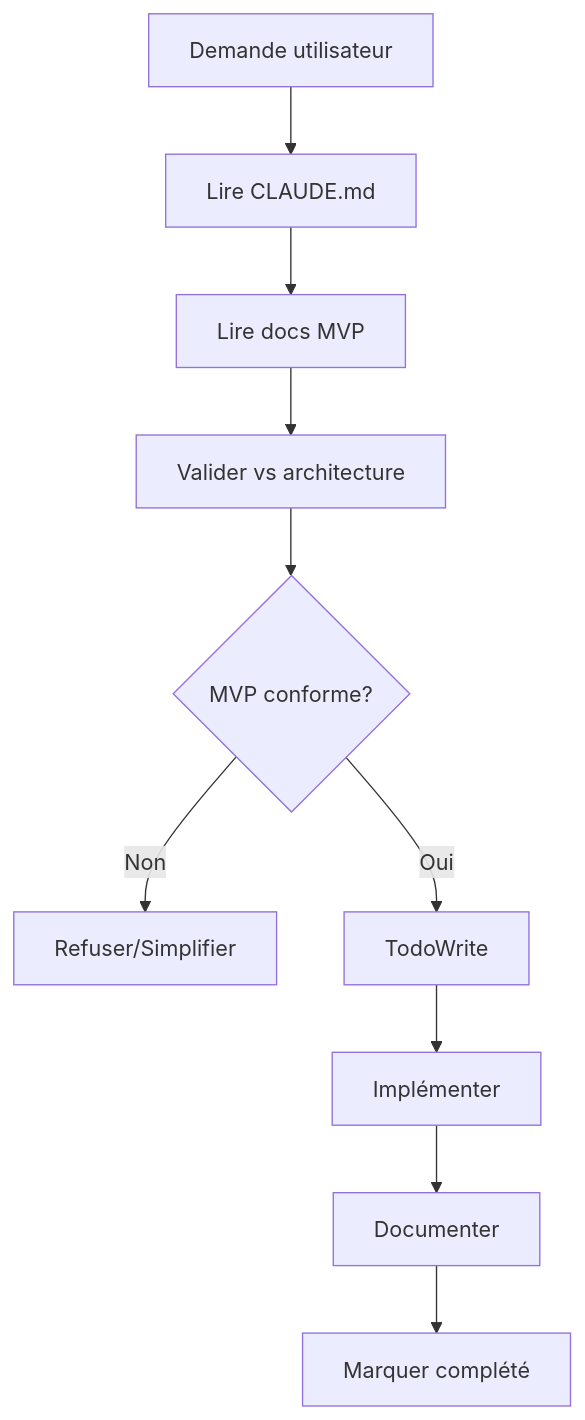
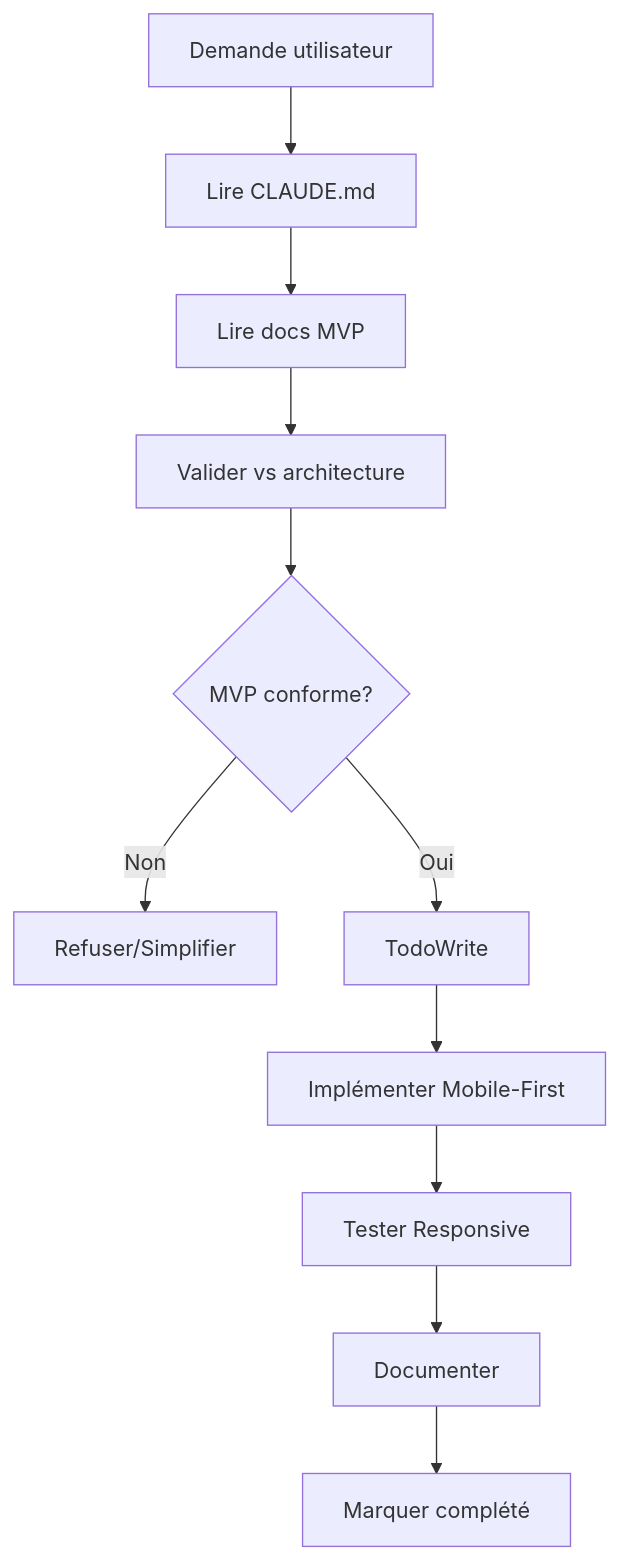
Before and after one commit to inherbver/inherbsveritas: the second of 2 diagrams in CLAUDE.md, drawn with Mermaid. The commit also changed other lines of this file, not shown here.

First line of the commit message:
docs(claude): optimisation structure mobile-first + checklist unifiée

````diff
--- a/CLAUDE.md
+++ b/CLAUDE.md
@@ -535,12 +668,13 @@
 ```mermaid
 graph TD
     A[Demande utilisateur] --> B[Lire CLAUDE.md]
     B --> C[Lire docs MVP]
     C --> D[Valider vs architecture]
     D --> E{MVP conforme?}
     E -->|Non| F[Refuser/Simplifier]
     E -->|Oui| G[TodoWrite]
-    G --> H[Implémenter]
-    H --> I[Documenter]
-    I --> J[Marquer complété]
+    G --> H[Implémenter Mobile-First]
+    H --> I[Tester Responsive]
+    I --> J[Documenter]
+    J --> K[Marquer complété]
 ```
````
